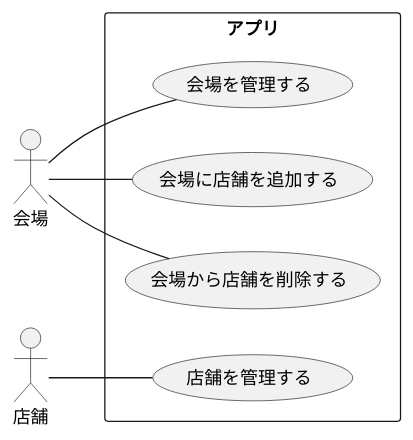
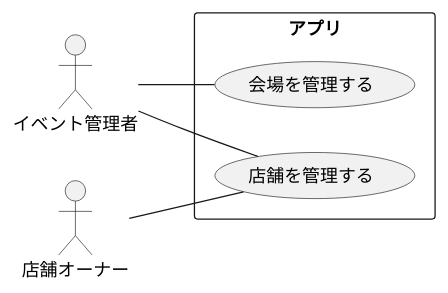
Before and after one commit to zakzakst/object-oriented-practice: the first of 7 diagrams in 03_event-shop-app/3_実装用の図.md, drawn with PlantUML. The commit also changed other lines of this file, not shown here.

Commit message:
練習3：イベント店舗管理アプリ（実装用の図追加）

````diff
--- a/03_event-shop-app/3_実装用の図.md
+++ b/03_event-shop-app/3_実装用の図.md
@@ -4,17 +4,14 @@
 ```puml
 @startuml
 left to right direction
-actor "会場" as area
-actor "店舗" as shop
+actor イベント管理者 as admin
+actor 店舗オーナー as owner
 rectangle アプリ {
   usecase "会場を管理する" as case1
-  usecase "会場に店舗を追加する" as case2
-  usecase "会場から店舗を削除する" as case3
-  usecase "店舗を管理する" as case4
+  usecase "店舗を管理する" as case2
 }
-area -- case1
-area -- case2
-area -- case3
-shop -- case4
+admin -- case1
+admin -- case2
+owner -- case2
 @enduml
 ```
````
